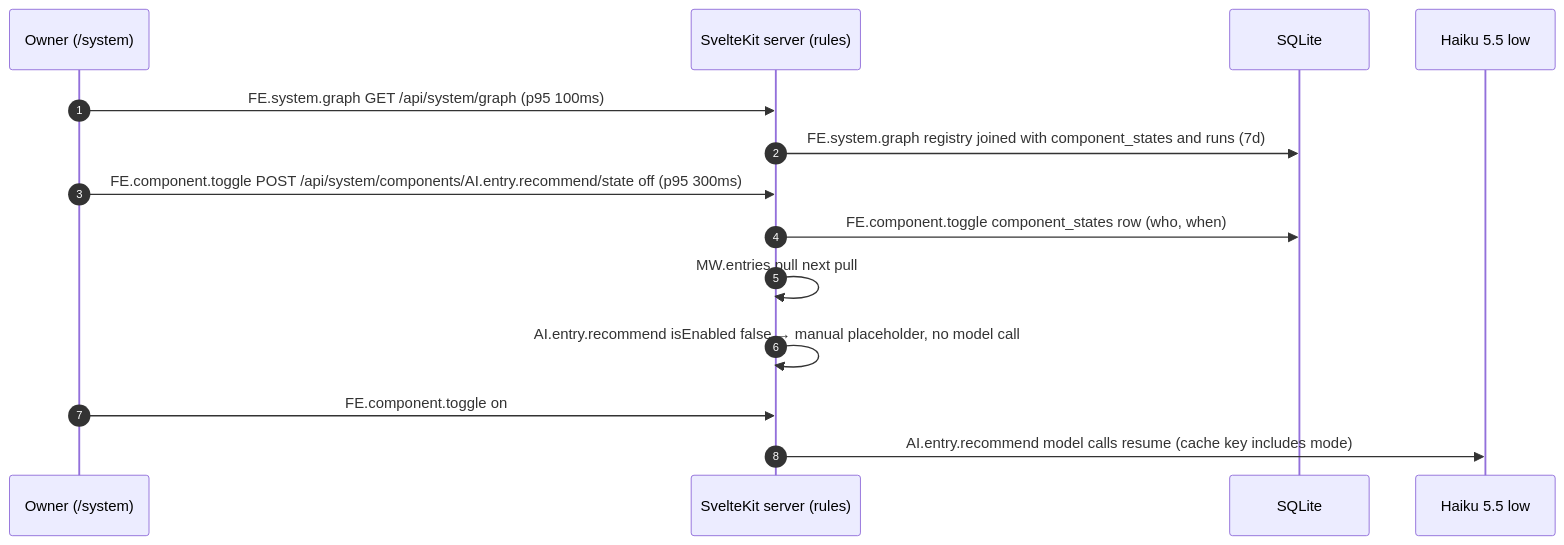
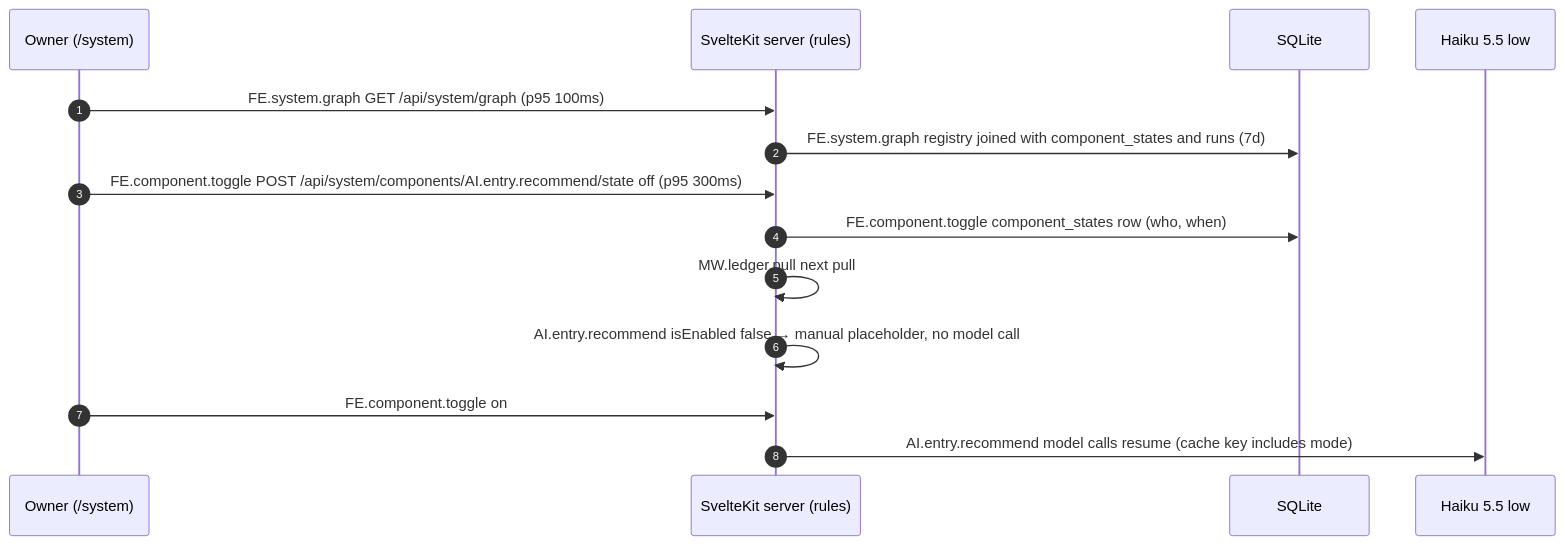
Before and after one commit to MAKaminski/svelte-accounting-agent: diagram 11 of 12 in ARCHITECTURE.md, drawn with Mermaid. The commit also changed other lines of this file and 67 other files, not shown here.

````diff
--- a/ARCHITECTURE.md
+++ b/ARCHITECTURE.md
@@ -602,16 +677,16 @@
 ```mermaid
 sequenceDiagram
   autonumber
   participant O as Owner (/system)
   participant MW as SvelteKit server (rules)
   participant DB as SQLite
   participant H as Haiku 5.5 low
   O->>MW: FE.system.graph GET /api/system/graph (p95 100ms)
   MW->>DB: FE.system.graph registry joined with component_states and runs (7d)
   O->>MW: FE.component.toggle POST /api/system/components/AI.entry.recommend/state off (p95 300ms)
   MW->>DB: FE.component.toggle component_states row (who, when)
-  MW->>MW: MW.entries.pull next pull
+  MW->>MW: MW.ledger.pull next pull
   MW->>MW: AI.entry.recommend isEnabled false → manual placeholder, no model call
   O->>MW: FE.component.toggle on
   MW->>H: AI.entry.recommend model calls resume (cache key includes mode)
 ```
````
